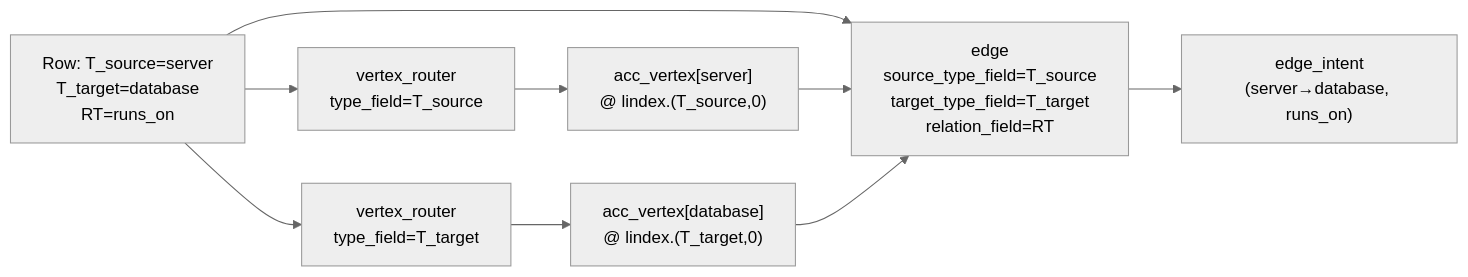
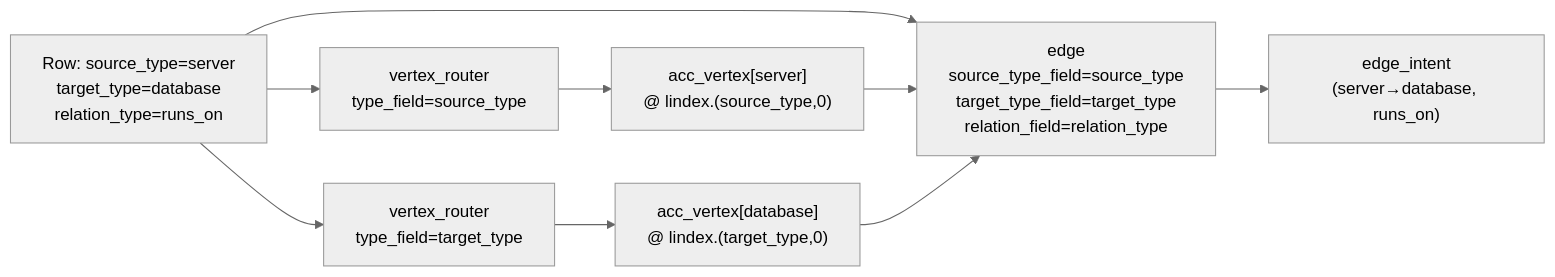
The diagram in docs/examples/example-11.md (growgraph/graflo), drawn with Mermaid (neutral theme) before and after one commit. The commit also changed other lines of this file and 25 other files, not shown here.

````diff
--- a/docs/examples/example-11.md
+++ b/docs/examples/example-11.md
@@ -80,17 +87,17 @@
 ```mermaid
 flowchart LR
-    CSV["Row: T_source=server\nT_target=database\nRT=runs_on"]
-    VRA_S["vertex_router\ntype_field=T_source"]
-    VRA_T["vertex_router\ntype_field=T_target"]
-    EA["edge\nsource_type_field=T_source\ntarget_type_field=T_target\nrelation_field=RT"]
-    SLOT_S["acc_vertex[server]\n@ lindex.(T_source,0)"]
-    SLOT_T["acc_vertex[database]\n@ lindex.(T_target,0)"]
+    CSV["Row: source_type=server\ntarget_type=database\nrelation_type=runs_on"]
+    VRA_S["vertex_router\ntype_field=source_type"]
+    VRA_T["vertex_router\ntype_field=target_type"]
+    EA["edge\nsource_type_field=source_type\ntarget_type_field=target_type\nrelation_field=relation_type"]
+    SLOT_S["acc_vertex[server]\n@ lindex.(source_type,0)"]
+    SLOT_T["acc_vertex[database]\n@ lindex.(target_type,0)"]
     INTENT["edge_intent\n(server→database, runs_on)"]
 
     CSV --> VRA_S --> SLOT_S
     CSV --> VRA_T --> SLOT_T
     CSV --> EA
     SLOT_S --> EA
     SLOT_T --> EA
     EA --> INTENT
 ```
````
